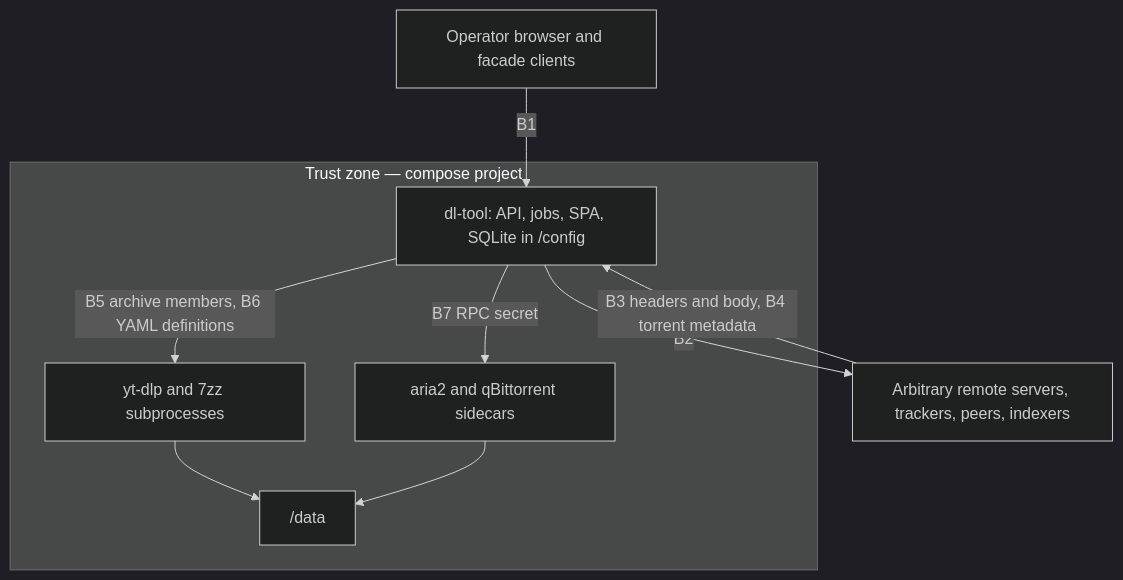
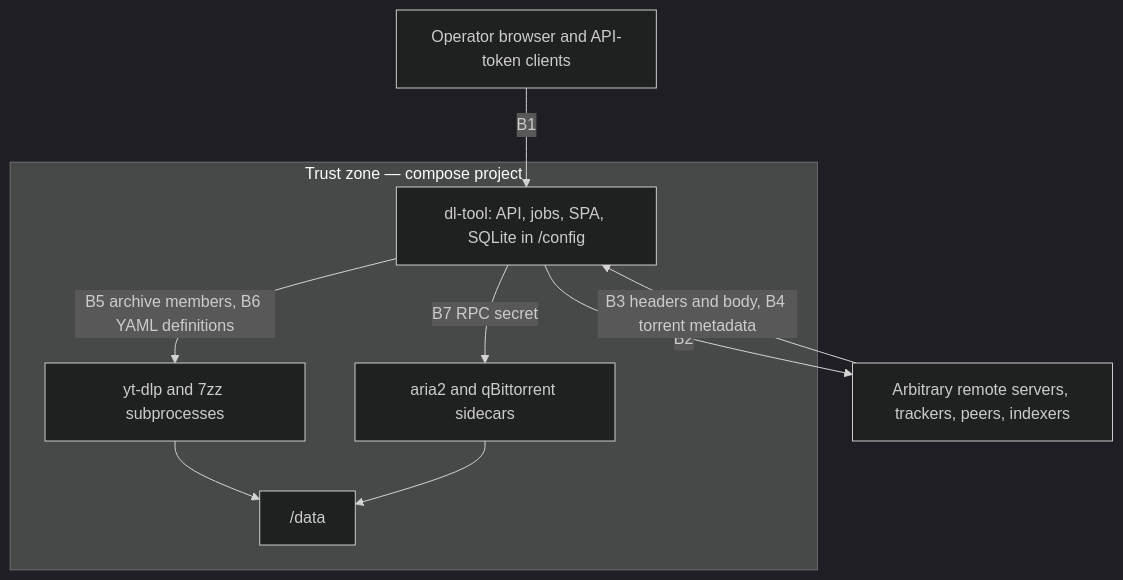
Before and after one commit to L-K-M/dl-tool: the diagram in docs/12-security-and-threat-model.md, drawn with Mermaid (dark theme). The commit also changed other lines of this file and 19 other files, not shown here.

````diff
--- a/docs/12-security-and-threat-model.md
+++ b/docs/12-security-and-threat-model.md
@@ -42,18 +42,18 @@
 ```mermaid
 flowchart TB
-    br["Operator browser and facade clients"]
+    br["Operator browser and API-token clients"]
     subgraph trusted["Trust zone — compose project"]
         app["dl-tool: API, jobs, SPA, SQLite in /config"]
         sub["yt-dlp and 7zz subprocesses"]
         eng["aria2 and qBittorrent sidecars"]
         data["/data"]
     end
     net["Arbitrary remote servers, trackers, peers, indexers"]
     br -->|B1| app
     app -->|B2| net
     net -->|"B3 headers and body, B4 torrent metadata"| app
     app -->|"B5 archive members, B6 YAML definitions"| sub
     app -->|"B7 RPC secret"| eng
     sub --> data
     eng --> data
 ```
````
